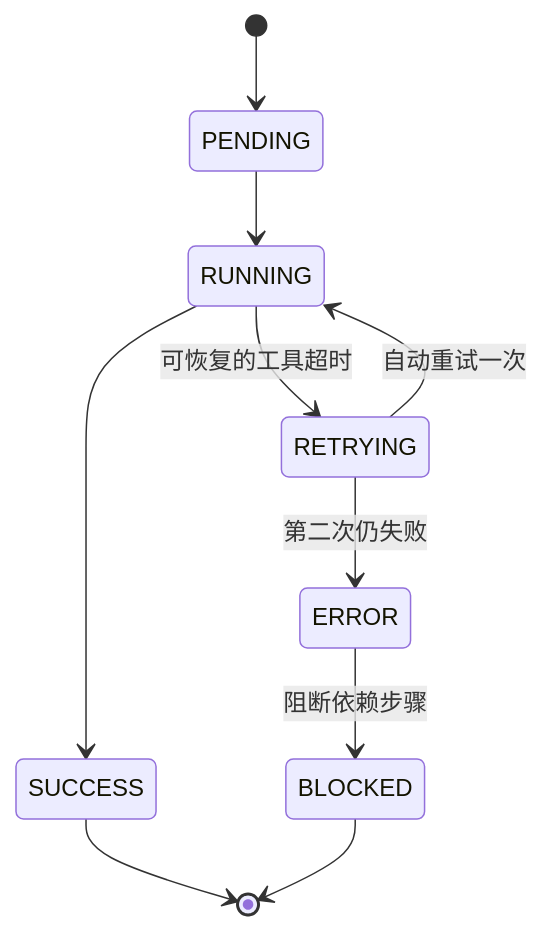
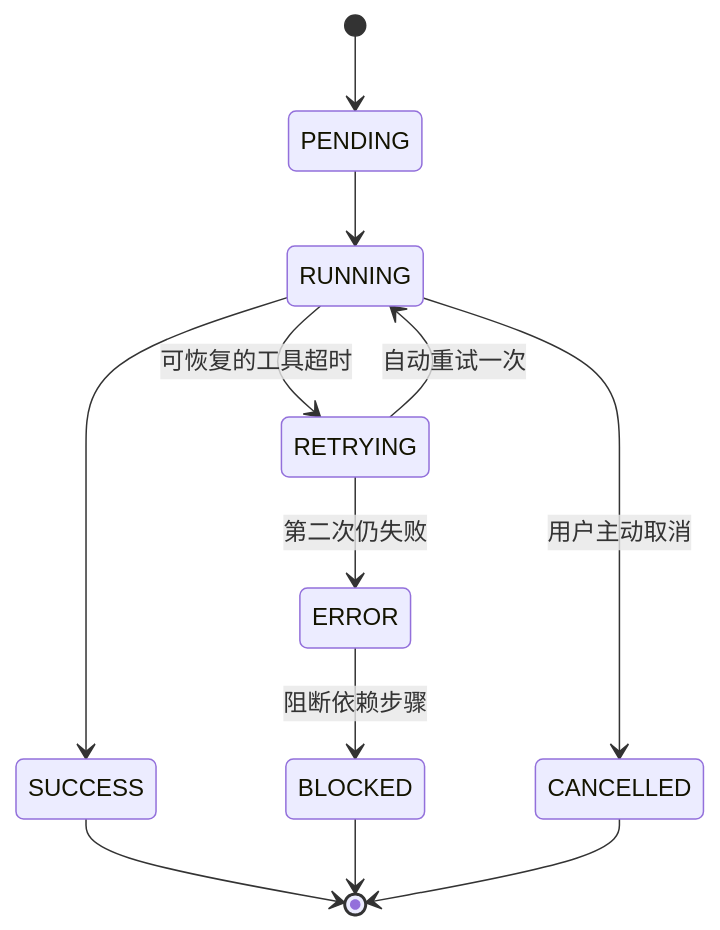
Before and after one commit to Leon-KTlan/pkg-exception-diagnosis-demo: the second of 2 diagrams in README.md, drawn with Mermaid. The commit also changed other lines of this file and 21 other files, not shown here.

````diff
--- a/README.md
+++ b/README.md
@@ -96,12 +96,14 @@
 ```mermaid
 stateDiagram-v2
     [*] --> PENDING
     PENDING --> RUNNING
     RUNNING --> SUCCESS
     RUNNING --> RETRYING: 可恢复的工具超时
     RETRYING --> RUNNING: 自动重试一次
     RETRYING --> ERROR: 第二次仍失败
     ERROR --> BLOCKED: 阻断依赖步骤
+    RUNNING --> CANCELLED: 用户主动取消
     SUCCESS --> [*]
     BLOCKED --> [*]
+    CANCELLED --> [*]
 ```
````
